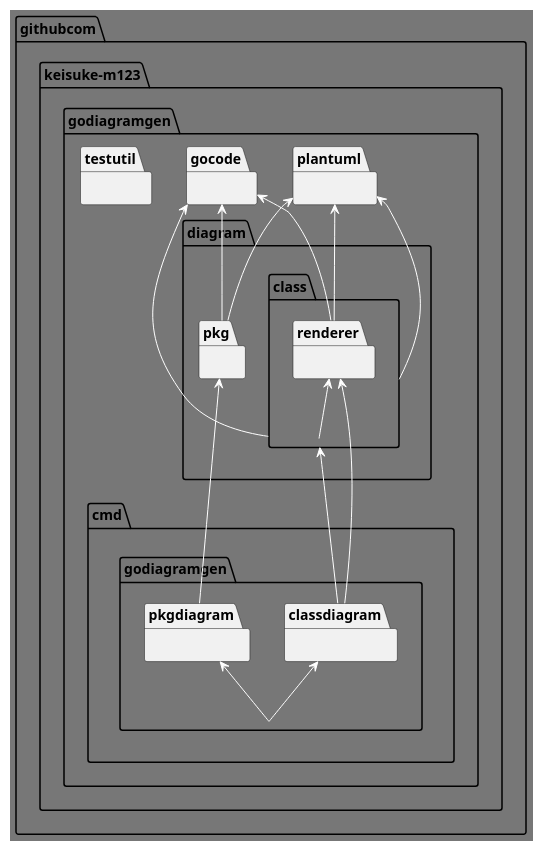
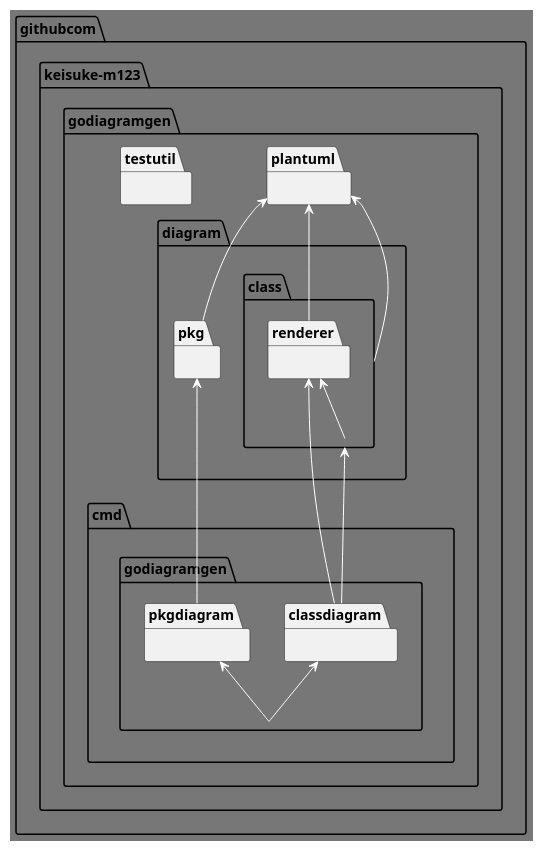
One commit to keisuke-m123/godiagramgen changed the diagram in package-diagram.puml. Above: the diagram before and after it, drawn with PlantUML. The commit also changed 27 other files, not shown here.

```diff
--- a/package-diagram.puml
+++ b/package-diagram.puml
@@ -1,108 +1,97 @@
 @startuml
 !theme reddress-darkorange
 skinparam class {
     attributeIconSize 8
 }
 namespace githubcom {
     namespace keisuke-m123 {
         namespace godiagramgen {
             namespace cmd {
                 namespace godiagramgen {
                 }
             }
         }
     }
 }
 namespace githubcom {
     namespace keisuke-m123 {
         namespace godiagramgen {
             namespace cmd {
                 namespace godiagramgen {
                     namespace classdiagram {
                     }
                 }
             }
         }
     }
 }
 namespace githubcom {
     namespace keisuke-m123 {
         namespace godiagramgen {
             namespace cmd {
                 namespace godiagramgen {
                     namespace pkgdiagram {
                     }
                 }
             }
         }
     }
 }
 namespace githubcom {
     namespace keisuke-m123 {
         namespace godiagramgen {
             namespace diagram {
                 namespace class {
                 }
             }
         }
     }
 }
 namespace githubcom {
     namespace keisuke-m123 {
         namespace godiagramgen {
             namespace diagram {
                 namespace class {
                     namespace renderer {
                     }
                 }
             }
         }
     }
 }
 namespace githubcom {
     namespace keisuke-m123 {
         namespace godiagramgen {
             namespace diagram {
                 namespace pkg {
                 }
             }
         }
     }
 }
 namespace githubcom {
     namespace keisuke-m123 {
         namespace godiagramgen {
-            namespace gocode {
-            }
-        }
-    }
-}
-namespace githubcom {
-    namespace keisuke-m123 {
-        namespace godiagramgen {
             namespace plantuml {
             }
         }
     }
 }
 namespace githubcom {
     namespace keisuke-m123 {
         namespace godiagramgen {
             namespace testutil {
             }
         }
     }
 }
 "githubcom.keisuke-m123.godiagramgen.cmd.godiagramgen.classdiagram" <-- "githubcom.keisuke-m123.godiagramgen.cmd.godiagramgen"
 "githubcom.keisuke-m123.godiagramgen.cmd.godiagramgen.pkgdiagram" <-- "githubcom.keisuke-m123.godiagramgen.cmd.godiagramgen"
 "githubcom.keisuke-m123.godiagramgen.diagram.class" <-- "githubcom.keisuke-m123.godiagramgen.cmd.godiagramgen.classdiagram"
 "githubcom.keisuke-m123.godiagramgen.diagram.class.renderer" <-- "githubcom.keisuke-m123.godiagramgen.cmd.godiagramgen.classdiagram"
 "githubcom.keisuke-m123.godiagramgen.diagram.pkg" <-- "githubcom.keisuke-m123.godiagramgen.cmd.godiagramgen.pkgdiagram"
 "githubcom.keisuke-m123.godiagramgen.diagram.class.renderer" <-- "githubcom.keisuke-m123.godiagramgen.diagram.class"
-"githubcom.keisuke-m123.godiagramgen.gocode" <-- "githubcom.keisuke-m123.godiagramgen.diagram.class"
 "githubcom.keisuke-m123.godiagramgen.plantuml" <-- "githubcom.keisuke-m123.godiagramgen.diagram.class"
-"githubcom.keisuke-m123.godiagramgen.gocode" <-- "githubcom.keisuke-m123.godiagramgen.diagram.class.renderer"
 "githubcom.keisuke-m123.godiagramgen.plantuml" <-- "githubcom.keisuke-m123.godiagramgen.diagram.class.renderer"
-"githubcom.keisuke-m123.godiagramgen.gocode" <-- "githubcom.keisuke-m123.godiagramgen.diagram.pkg"
 "githubcom.keisuke-m123.godiagramgen.plantuml" <-- "githubcom.keisuke-m123.godiagramgen.diagram.pkg"
 @enduml
```
